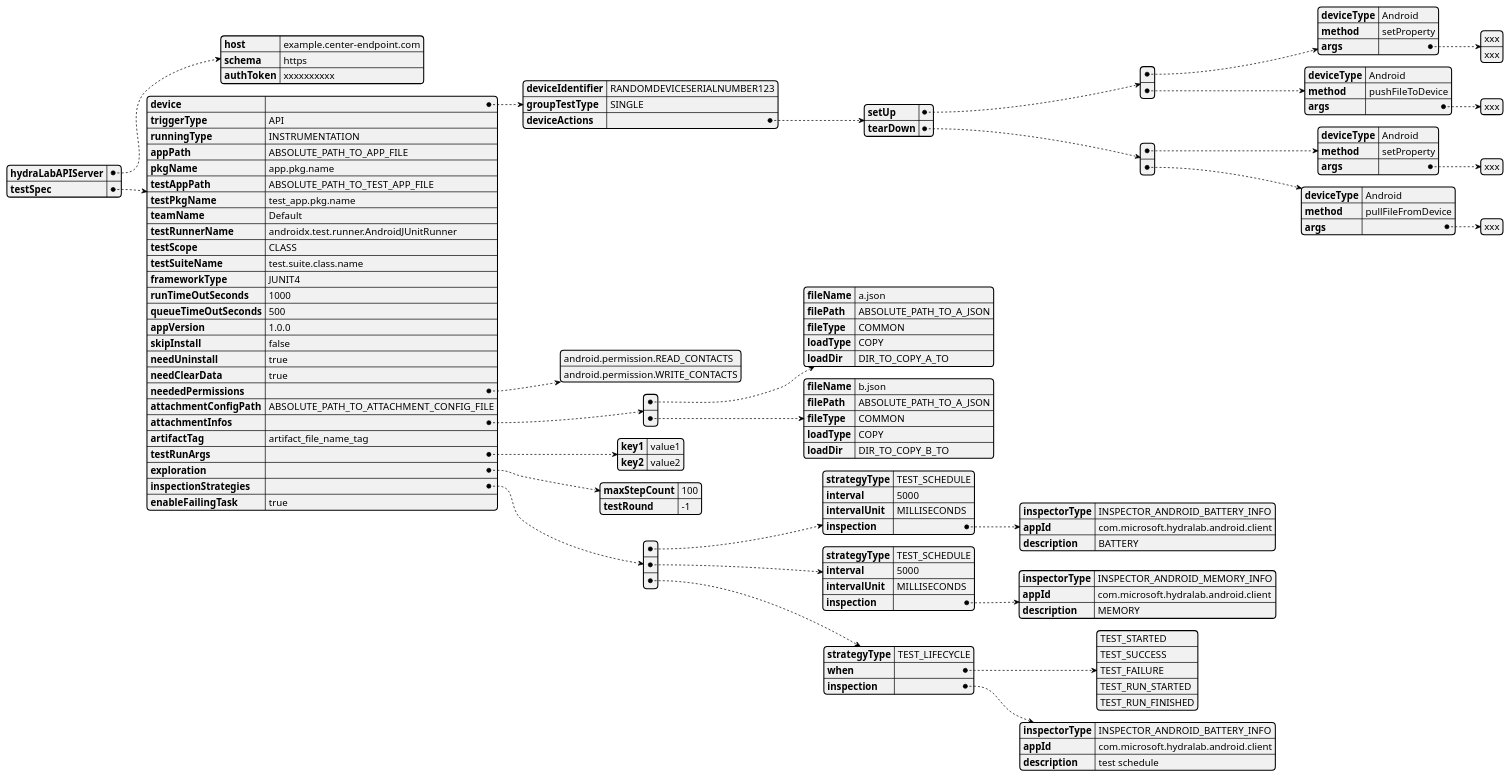
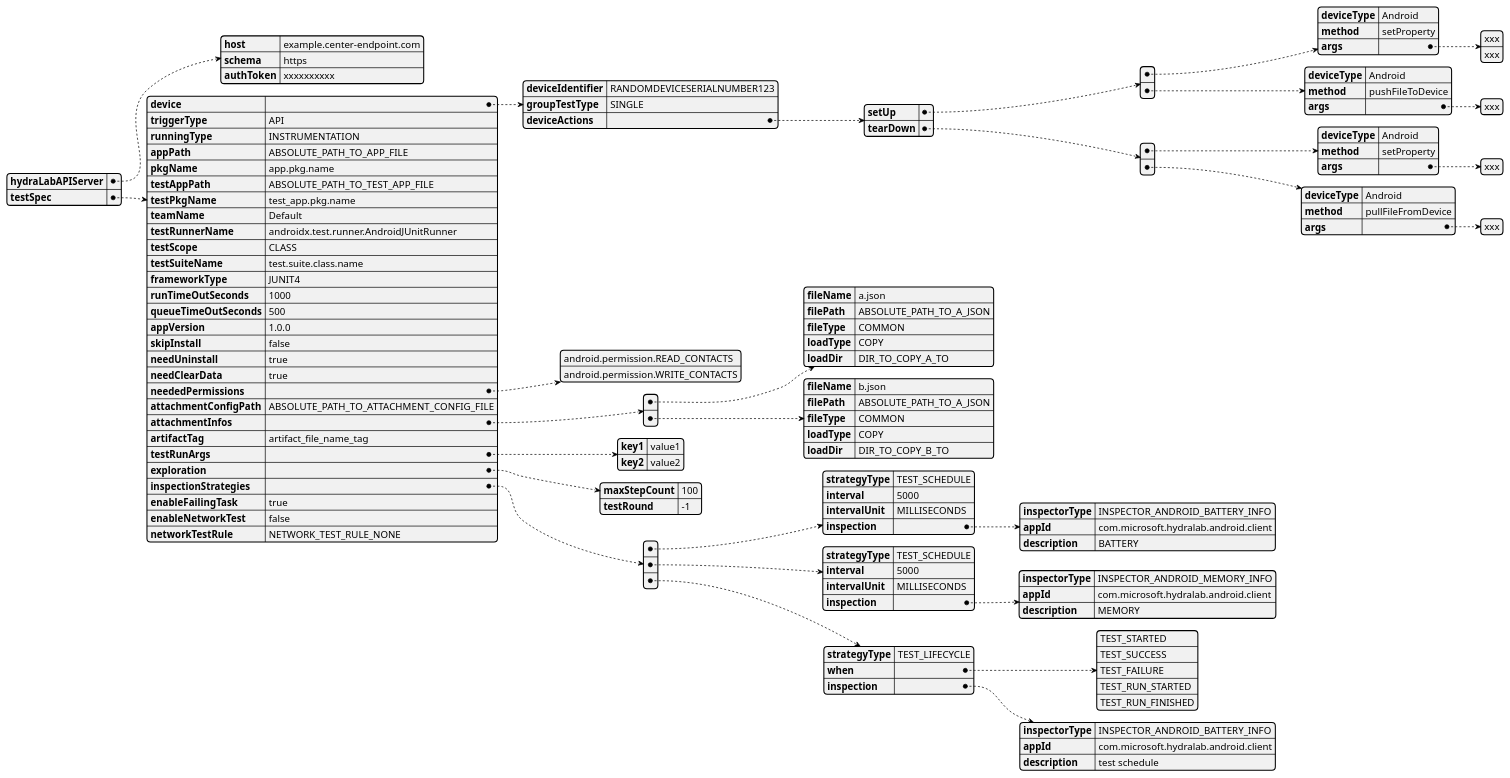
The diagram in gradle_plugin/doc/UML/gradle_plugin_yaml_config_design.puml (microsoft/HydraLab), drawn with PlantUML before and after one commit. The commit also changed 5 other files, not shown here.

Commit message:
Add enableNetworkTest and networkTestRule params

```diff
--- a/gradle_plugin/doc/UML/gradle_plugin_yaml_config_design.puml
+++ b/gradle_plugin/doc/UML/gradle_plugin_yaml_config_design.puml
@@ -1,97 +1,99 @@
 @startyaml
 hydraLabAPIServer:
     host: example.center-endpoint.com
     schema: https
     authToken: xxxxxxxxxx
 testSpec:
     device:
         deviceIdentifier: RANDOMDEVICESERIALNUMBER123
         groupTestType: SINGLE
         deviceActions:
             setUp:
             - deviceType: Android
               method: setProperty
               args:
                 - xxx
                 - xxx
             - deviceType: Android
               method: pushFileToDevice
               args:
                 - xxx
             tearDown:
             - deviceType: Android
               method: setProperty
               args:
               - xxx
             - deviceType: Android
               method: pullFileFromDevice
               args:
               - xxx
     triggerType: API
     runningType: INSTRUMENTATION
     appPath: ABSOLUTE_PATH_TO_APP_FILE
     pkgName: app.pkg.name
     testAppPath: ABSOLUTE_PATH_TO_TEST_APP_FILE
     testPkgName: test_app.pkg.name
     teamName: Default
     testRunnerName: androidx.test.runner.AndroidJUnitRunner
     testScope: CLASS
     testSuiteName: test.suite.class.name
     frameworkType: JUNIT4
     runTimeOutSeconds: 1000
     queueTimeOutSeconds: 500
     appVersion: 1.0.0
     skipInstall: false
     needUninstall: true
     needClearData: true
     neededPermissions:
         - android.permission.READ_CONTACTS
         - android.permission.WRITE_CONTACTS
     attachmentConfigPath: ABSOLUTE_PATH_TO_ATTACHMENT_CONFIG_FILE
     attachmentInfos:
     - fileName: a.json
       filePath: ABSOLUTE_PATH_TO_A_JSON
       fileType: COMMON
       loadType: COPY
       loadDir: DIR_TO_COPY_A_TO
     - fileName: b.json
       filePath: ABSOLUTE_PATH_TO_A_JSON
       fileType: COMMON
       loadType: COPY
       loadDir: DIR_TO_COPY_B_TO
     artifactTag: artifact_file_name_tag
     testRunArgs:
         key1: value1
         key2: value2
     exploration:
         maxStepCount: 100
         testRound: -1
     inspectionStrategies:
     - strategyType: TEST_SCHEDULE
       interval: 5000
       intervalUnit: MILLISECONDS
       inspection:
         inspectorType: INSPECTOR_ANDROID_BATTERY_INFO
         appId: com.microsoft.hydralab.android.client
         description: BATTERY
     - strategyType: TEST_SCHEDULE
       interval: 5000
       intervalUnit: MILLISECONDS
       inspection:
         inspectorType: INSPECTOR_ANDROID_MEMORY_INFO
         appId: com.microsoft.hydralab.android.client
         description: MEMORY
     - strategyType: TEST_LIFECYCLE
       when:
         - TEST_STARTED
         - TEST_SUCCESS
         - TEST_FAILURE
         - TEST_RUN_STARTED
         - TEST_RUN_FINISHED
       inspection:
         inspectorType: INSPECTOR_ANDROID_BATTERY_INFO
         appId: com.microsoft.hydralab.android.client
         description: test schedule
     enableFailingTask: true
+    enableNetworkTest: false
+    networkTestRule: NETWORK_TEST_RULE_NONE
 
 @endyaml
```
